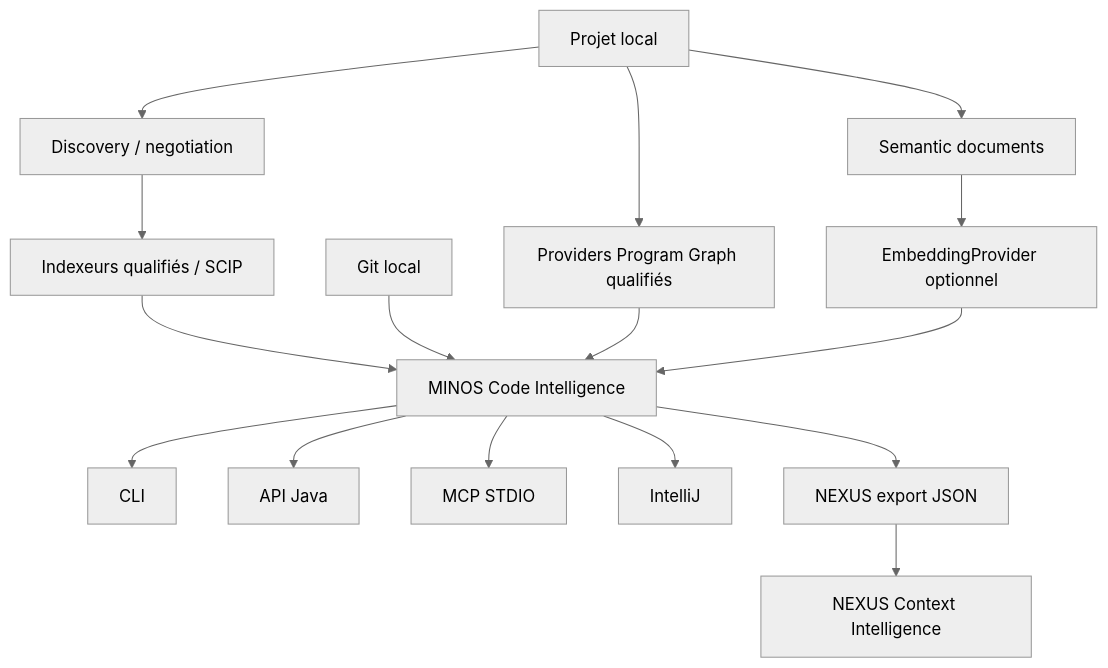
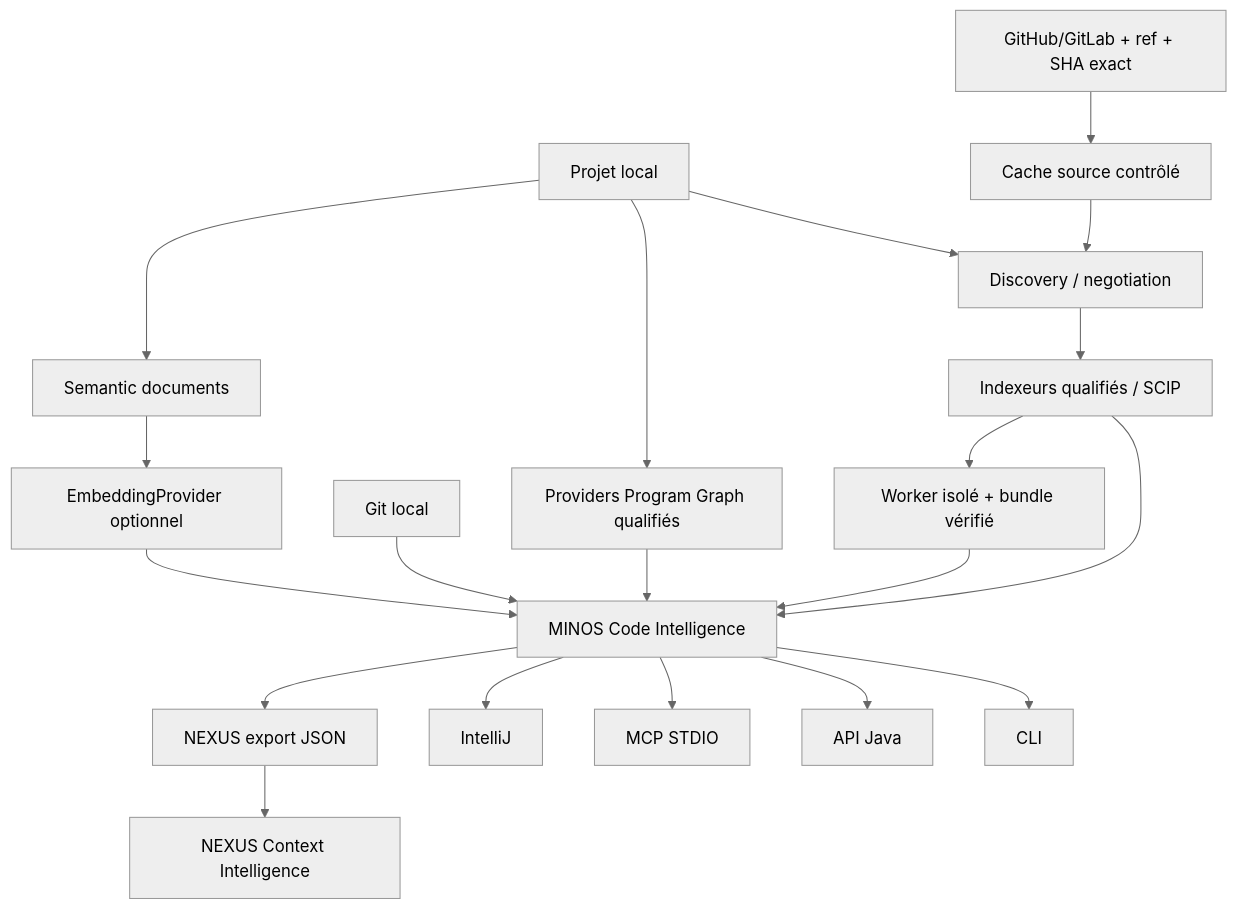
The diagram in README.md (FTurleque/minos-code-intelligence), drawn with Mermaid (neutral theme) before and after one commit. The commit also changed other lines of this file and 39 other files, not shown here.

````diff
--- a/README.md
+++ b/README.md
@@ -23,18 +23,22 @@
 ```mermaid
 flowchart TB
     SRC[Projet local] --> DISC[Discovery / negotiation]
+    REMOTE[GitHub/GitLab + ref + SHA exact] --> CACHE[Cache source contrôlé]
+    CACHE --> DISC
     DISC --> IDX[Indexeurs qualifiés / SCIP]
     IDX --> MINOS[MINOS Code Intelligence]
+    IDX --> WORKER[Worker isolé + bundle vérifié]
+    WORKER --> MINOS
     GIT[Git local] --> MINOS
     SRC --> ADV[Providers Program Graph qualifiés]
     ADV --> MINOS
     SRC --> SEM[Semantic documents]
     SEM --> EMB[EmbeddingProvider optionnel]
     EMB --> MINOS
     MINOS --> CLI[CLI]
     MINOS --> API[API Java]
     MINOS --> MCP[MCP STDIO]
     MINOS --> IDE[IntelliJ]
     MINOS --> NX[NEXUS export JSON]
     NX --> NEXUS[NEXUS Context Intelligence]
 ```
````
